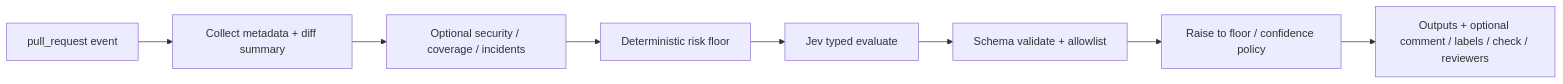
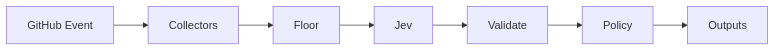
The diagram in README.md (JevForge/jev-pr-profiler), drawn with Mermaid before and after one commit. The commit also changed other lines of this file and 12 other files, not shown here.

````diff
--- a/README.md
+++ b/README.md
@@ -15,10 +53,9 @@
 ```mermaid
 flowchart LR
-  A[pull_request event] --> B[Collect metadata + diff summary]
-  B --> C[Optional security / coverage / incidents]
-  C --> D[Deterministic risk floor]
-  D --> E[Jev typed evaluate]
-  E --> F[Schema validate + allowlist]
-  F --> G[Raise to floor / confidence policy]
-  G --> H[Outputs + optional comment / labels / check / reviewers]
+  A[GitHub Event] --> B[Collectors]
+  B --> C[Floor]
+  C --> D[Jev]
+  D --> E[Validate]
+  E --> F[Policy]
+  F --> G[Outputs]
 ```
````
